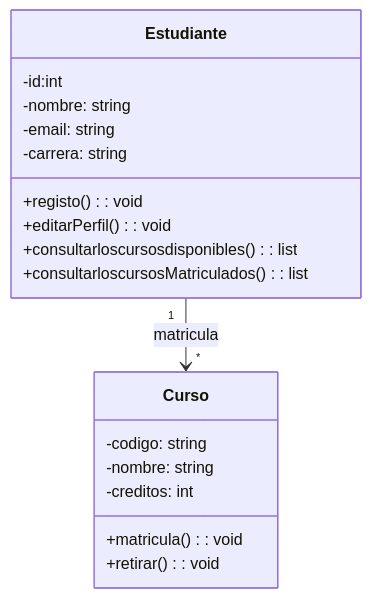
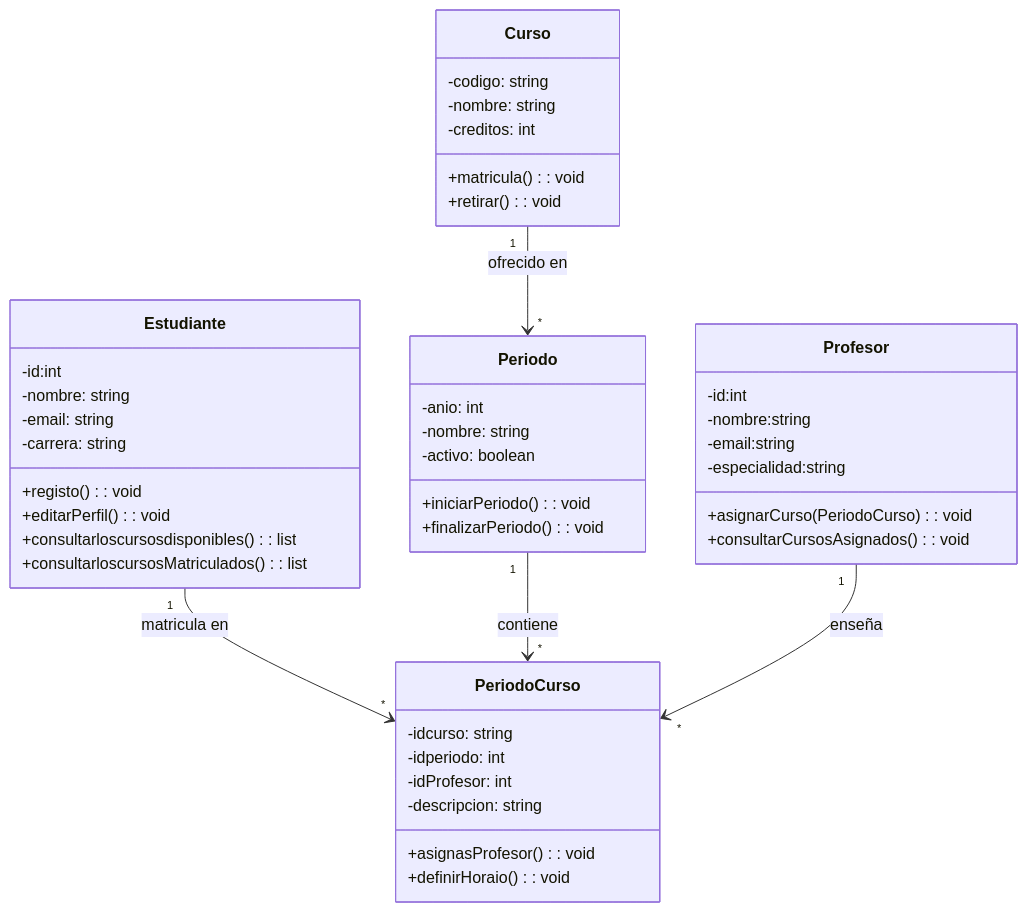
Before and after one commit to elisaulh/II-51-Laboratorios: the diagram in Lab 01/Diagrama de clase.mmd, drawn with Mermaid. The commit also changed other lines of this file, not shown here.

Commit message:
se movio a la carpeta

```diff
--- a/Lab 01/Diagrama de clase.mmd
+++ b/Lab 01/Diagrama de clase.mmd
@@ -1,21 +1,52 @@
 classDiagram
     class Estudiante {
         -id:int 
         -nombre: string
         -email: string
         -carrera: string
         +registo(): void
         +editarPerfil(): void
         +consultarloscursosdisponibles(): list<Curso>
         +consultarloscursosMatriculados(): list<Curso>
     }
 
     class Curso {
         -codigo: string
         -nombre: string
         -creditos: int 
         +matricula(): void
         +retirar(): void
     }
 
-    Estudiante "1" --> "*" Curso : matricula
+    class Periodo {
+        -anio: int
+        -nombre: string
+        -activo: boolean
+        +iniciarPeriodo(): void
+        +finalizarPeriodo(): void 
+        }
+
+        class PeriodoCurso {
+        -idcurso: string
+        -idperiodo: int
+        -idProfesor: int 
+        -descripcion: string
+        +asignasProfesor(): void
+        +definirHoraio(): void
+    }
+
+        class Profesor {
+        -id:int
+        -nombre:string
+        -email:string
+        -especialidad:string
+        +asignarCurso(PeriodoCurso): void
+        +consultarCursosAsignados(): void
+    }
+    
+
+
+    Estudiante "1" --> "*" PeriodoCurso : matricula en
+    Curso "1" --> "*" Periodo : ofrecido en
+    Periodo "1" --> "*" PeriodoCurso: contiene 
+    Profesor "1" --> "*" PeriodoCurso: enseña
```
